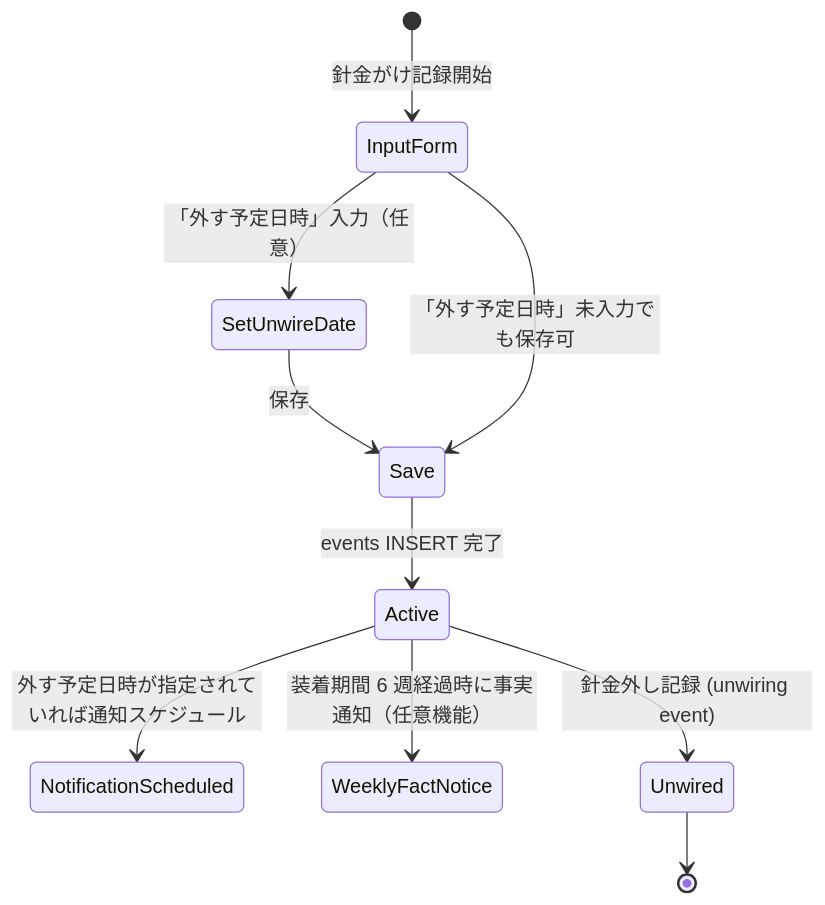
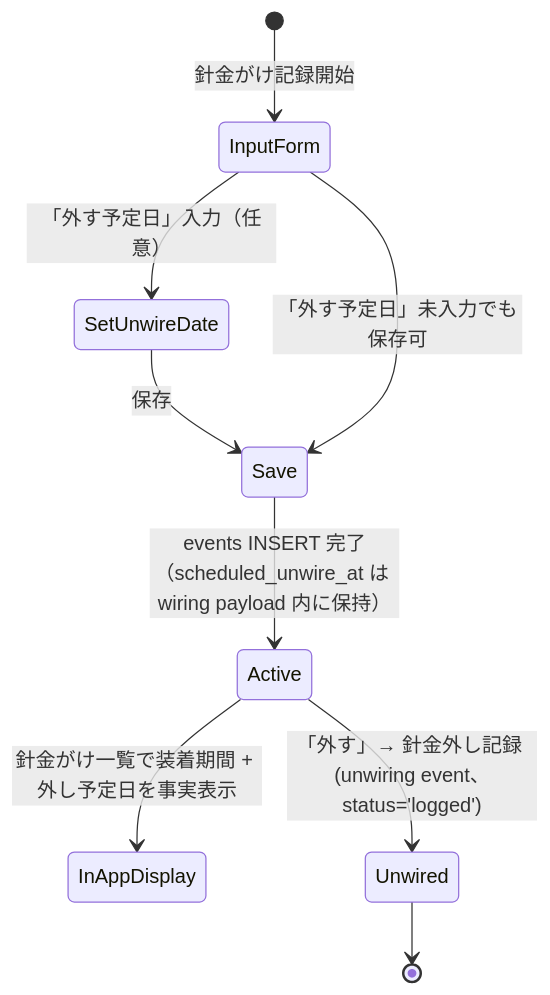
One commit to doooooraku/BonsaiLog changed the third of 17 diagrams in docs/reference/functional_spec.md. Above: the diagram before and after it, drawn with Mermaid. The commit also changed other lines of this file and 2 other files, not shown here.

````diff
--- a/docs/reference/functional_spec.md
+++ b/docs/reference/functional_spec.md
@@ -721,12 +722,11 @@
 ```mermaid
 stateDiagram-v2
   [*] --> InputForm: 針金がけ記録開始
-  InputForm --> SetUnwireDate: 「外す予定日時」入力（任意）
+  InputForm --> SetUnwireDate: 「外す予定日」入力（任意）
   SetUnwireDate --> Save: 保存
-  InputForm --> Save: 「外す予定日時」未入力でも保存可
-  Save --> Active: events INSERT 完了
-  Active --> NotificationScheduled: 外す予定日時が指定されていれば通知スケジュール
-  Active --> WeeklyFactNotice: 装着期間 6 週経過時に事実通知（任意機能）
-  Active --> Unwired: 針金外し記録 (unwiring event)
+  InputForm --> Save: 「外す予定日」未入力でも保存可
+  Save --> Active: events INSERT 完了（scheduled_unwire_at は wiring payload 内に保持）
+  Active --> InAppDisplay: 針金がけ一覧で装着期間 + 外し予定日を事実表示
+  Active --> Unwired: 「外す」→ 針金外し記録 (unwiring event、status='logged')
   Unwired --> [*]
 ```
````
